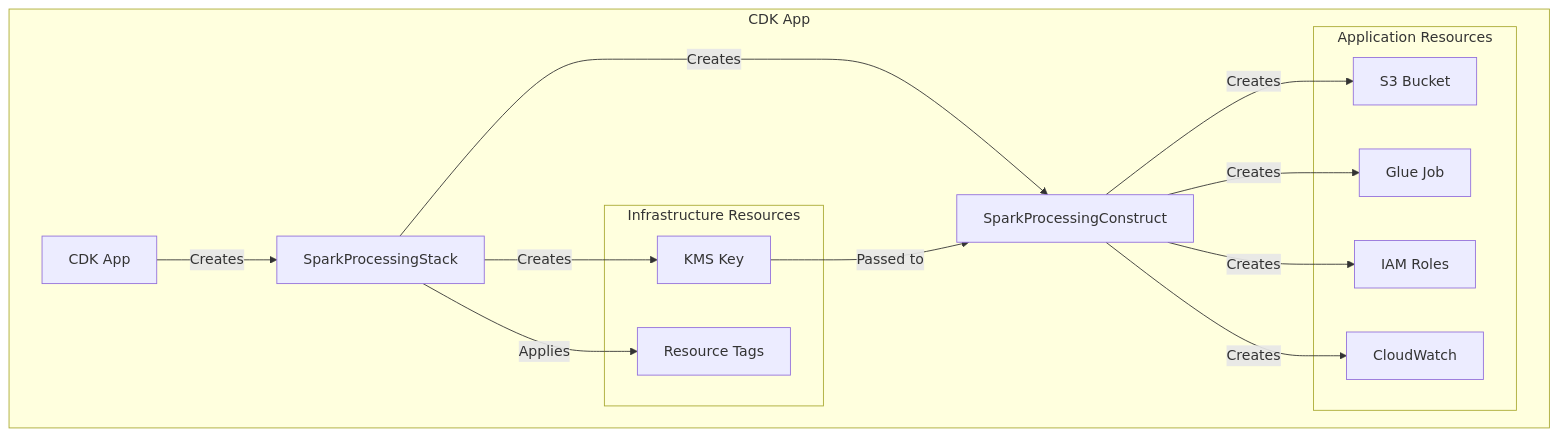
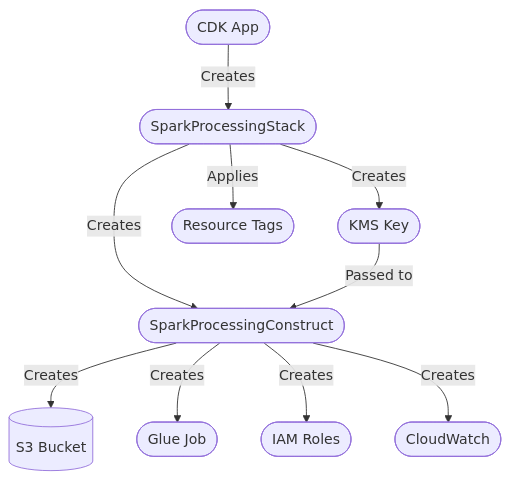
The second of 5 diagrams in README.md (sunilpradhansharma/spark_processing_external_api_in_glue), drawn with Mermaid before and after one commit. The commit also changed other lines of this file, not shown here.

Commit message:
Fix: Update all Mermaid diagrams to use flowchart syntax

````diff
--- a/README.md
+++ b/README.md
@@ -51,30 +39,24 @@
 ```mermaid
-graph TB
-    subgraph CDK App
-        App[CDK App]
-        Stack[SparkProcessingStack]
-        Construct[SparkProcessingConstruct]
-        
-        subgraph Infrastructure Resources
-            KMSKey[KMS Key]
-            Tags[Resource Tags]
-        end
-        
-        subgraph Application Resources
-            S3[S3 Bucket]
-            Glue[Glue Job]
-            IAM[IAM Roles]
-            CW[CloudWatch]
-        end
-    end
+flowchart TB
+    %% CDK Components
+    App([CDK App])
+    Stack([SparkProcessingStack])
+    Construct([SparkProcessingConstruct])
+    KMSKey([KMS Key])
+    Tags([Resource Tags])
+    S3[(S3 Bucket)]
+    Glue([Glue Job])
+    IAM([IAM Roles])
+    CW([CloudWatch])
     
+    %% Connections
     App -->|Creates| Stack
     Stack -->|Creates| KMSKey
     Stack -->|Creates| Construct
     Stack -->|Applies| Tags
     KMSKey -->|Passed to| Construct
     Construct -->|Creates| S3
     Construct -->|Creates| Glue
     Construct -->|Creates| IAM
     Construct -->|Creates| CW
 ```
````
